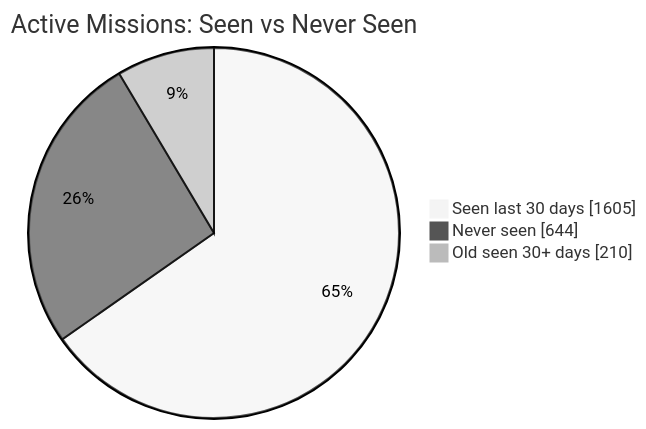
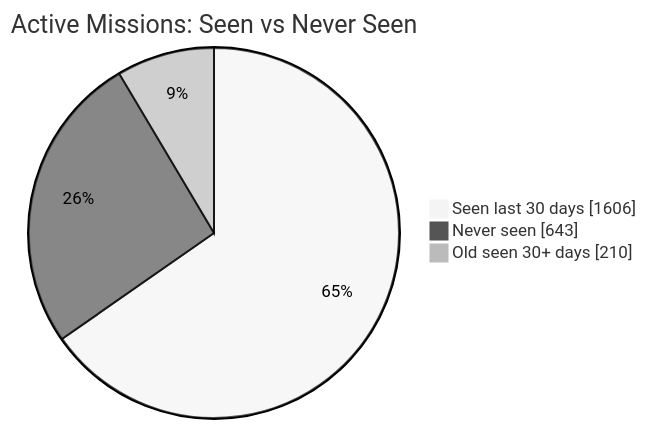
The first of 2 diagrams in README.md (MeldkamerspelGameTeam/active-missions), drawn with Mermaid (neutral theme) before and after one commit. The commit also changed other lines of this file and 3 other files, not shown here.

````diff
--- a/README.md
+++ b/README.md
@@ -34,7 +34,7 @@
 ```mermaid
 pie showData
     title Active Missions: Seen vs Never Seen
-    "Seen last 30 days" : 1605
-    "Never seen" : 644
+    "Seen last 30 days" : 1606
+    "Never seen" : 643
     "Old seen 30+ days" : 210
 ```
````
